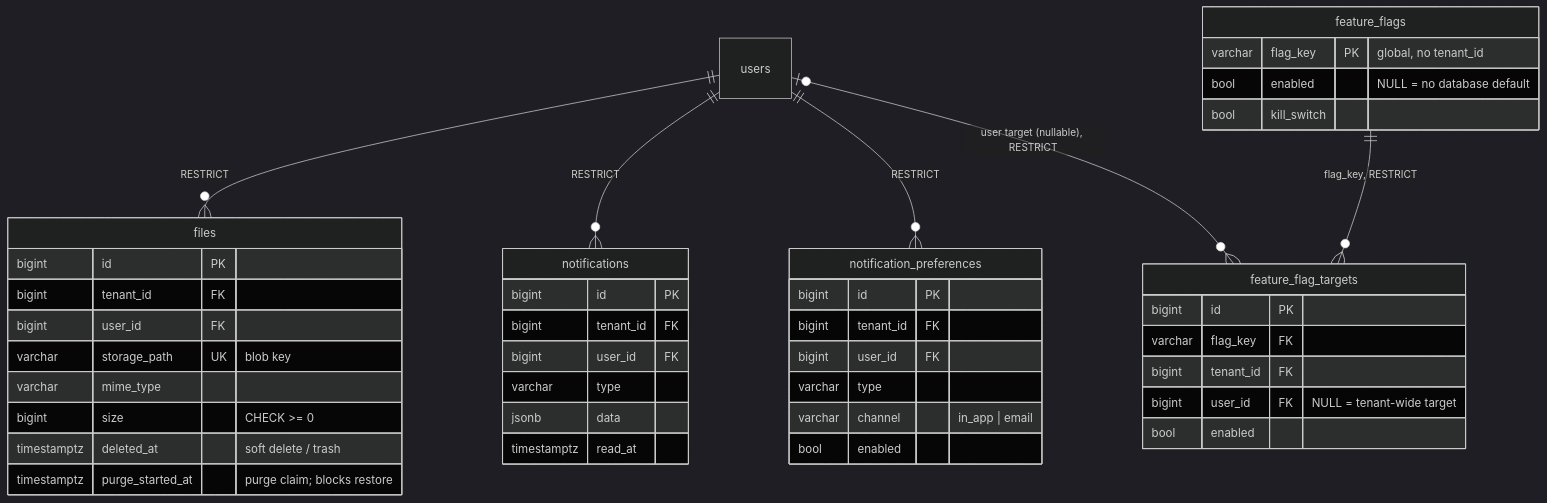
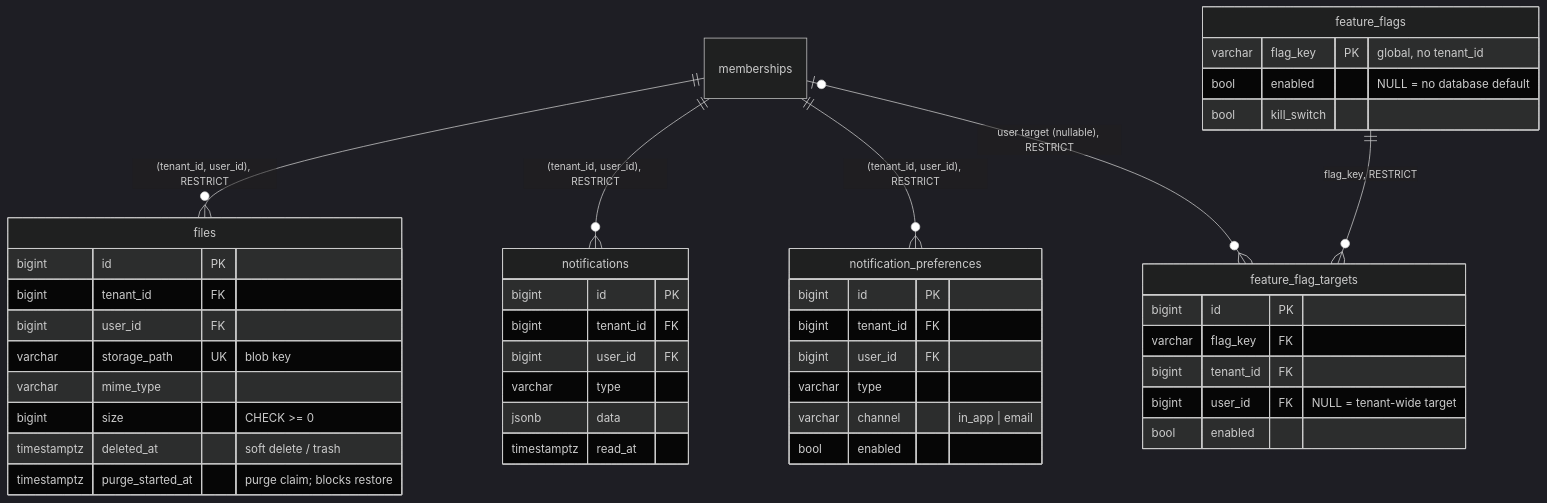
One commit to chuanghiduoc/fiber-golang-boilerplate changed the second of 4 diagrams in docs/data-model.md. Above: the diagram before and after it, drawn with Mermaid (dark theme). The commit also changed other lines of this file and 161 other files, not shown here.

First line of the commit message:
feat(identity): global users with tenant memberships (ADR 0004)

````diff
--- a/docs/data-model.md
+++ b/docs/data-model.md
@@ -143,47 +261,47 @@
 ```mermaid
 erDiagram
-    users ||--o{ files : "RESTRICT"
-    users ||--o{ notifications : "RESTRICT"
-    users ||--o{ notification_preferences : "RESTRICT"
+    memberships ||--o{ files : "(tenant_id, user_id), RESTRICT"
+    memberships ||--o{ notifications : "(tenant_id, user_id), RESTRICT"
+    memberships ||--o{ notification_preferences : "(tenant_id, user_id), RESTRICT"
     feature_flags ||--o{ feature_flag_targets : "flag_key, RESTRICT"
-    users |o--o{ feature_flag_targets : "user target (nullable), RESTRICT"
+    memberships |o--o{ feature_flag_targets : "user target (nullable), RESTRICT"
 
     files {
         bigint id PK
         bigint tenant_id FK
         bigint user_id FK
         varchar storage_path UK "blob key"
         varchar mime_type
         bigint size "CHECK >= 0"
         timestamptz deleted_at "soft delete / trash"
         timestamptz purge_started_at "purge claim; blocks restore"
     }
     notifications {
         bigint id PK
         bigint tenant_id FK
         bigint user_id FK
         varchar type
         jsonb data
         timestamptz read_at
     }
     notification_preferences {
         bigint id PK
         bigint tenant_id FK
         bigint user_id FK
         varchar type
         varchar channel "in_app | email"
         bool enabled
     }
     feature_flags {
         varchar flag_key PK "global, no tenant_id"
         bool enabled "NULL = no database default"
         bool kill_switch
     }
     feature_flag_targets {
         bigint id PK
         varchar flag_key FK
         bigint tenant_id FK
         bigint user_id FK "NULL = tenant-wide target"
         bool enabled
     }
 ```
````
